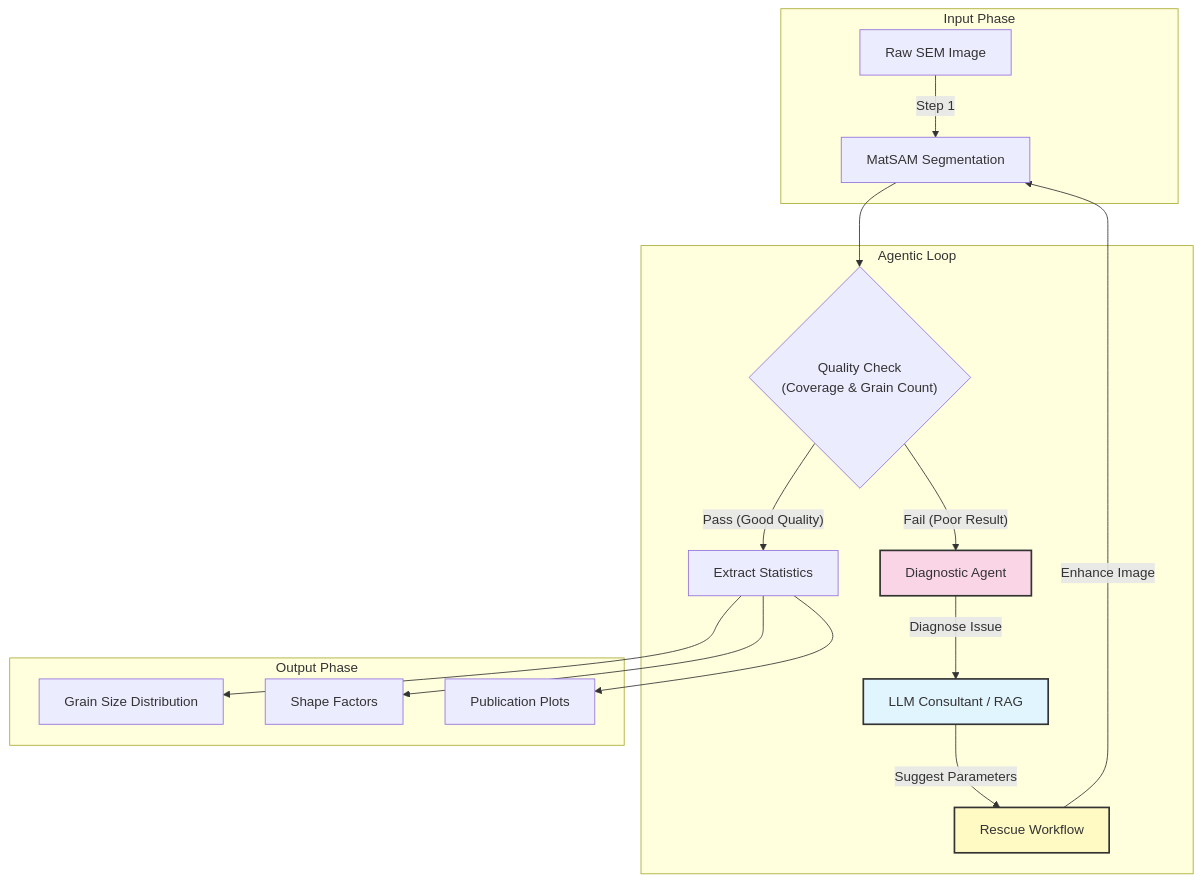
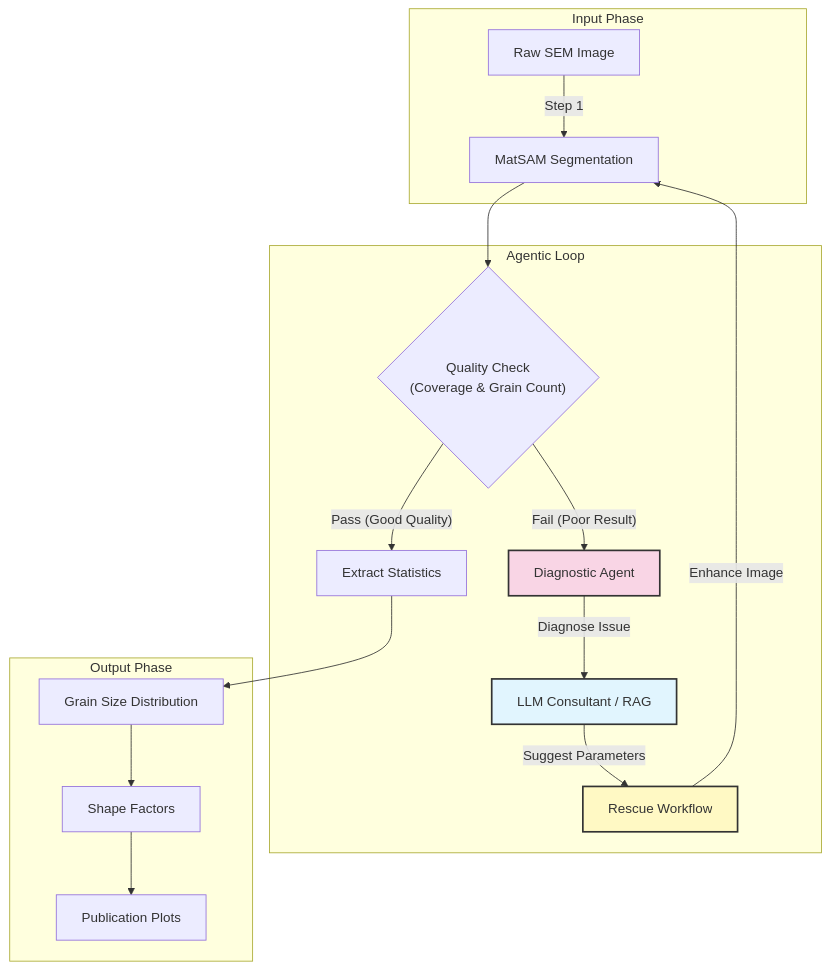
One commit to AliBaghizadeh/sem-image--agent-segmentation changed the diagram in README.md. Above: the diagram before and after it, drawn with Mermaid.

Commit message:
Optimize Mermaid flowchart: Vertical output stack and fixed line breaks

````diff
--- a/README.md
+++ b/README.md
@@ -103,26 +103,26 @@
 ```mermaid
 graph TD
     subgraph "Input Phase"
     A[Raw SEM Image] -->|Step 1| B[MatSAM Segmentation]
     end
 
     subgraph "Agentic Loop"
-    B --> C{"Quality Check\n(Coverage & Grain Count)"}
+    B --> C{"Quality Check<br/>(Coverage & Grain Count)"}
     C -- "Pass (Good Quality)" --> D[Extract Statistics]
     C -- "Fail (Poor Result)" --> E[Diagnostic Agent]
     
     E -->|Diagnose Issue| F[LLM Consultant / RAG]
     F -->|Suggest Parameters| G[Rescue Workflow]
     G -->|Enhance Image| B
     end
 
     subgraph "Output Phase"
     D --> H[Grain Size Distribution]
-    D --> I[Shape Factors]
-    D --> J[Publication Plots]
+    H --> I[Shape Factors]
+    I --> J[Publication Plots]
     end
     
     style E fill:#f9d5e5,stroke:#333,stroke-width:2px
     style F fill:#e1f5fe,stroke:#333,stroke-width:2px
     style G fill:#fff9c4,stroke:#333,stroke-width:2px
 ```
````
